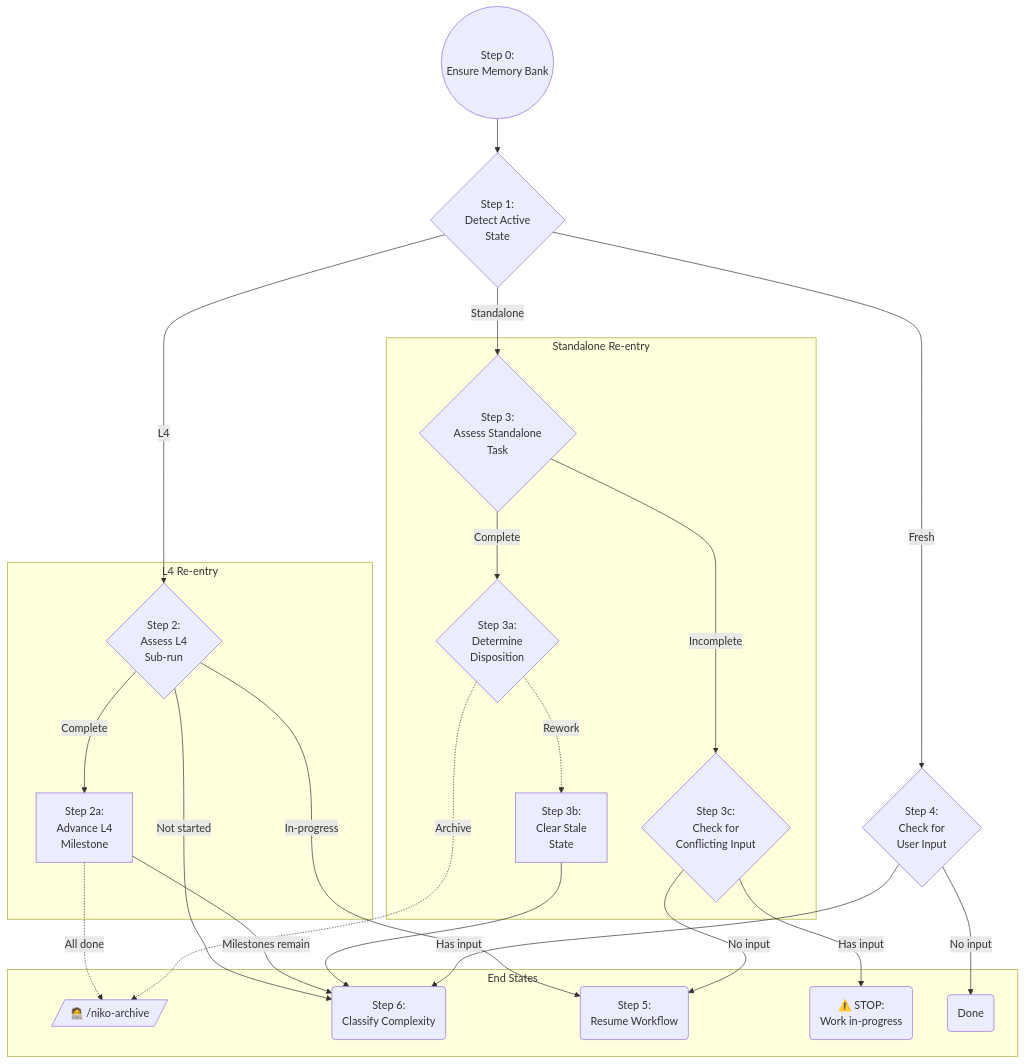
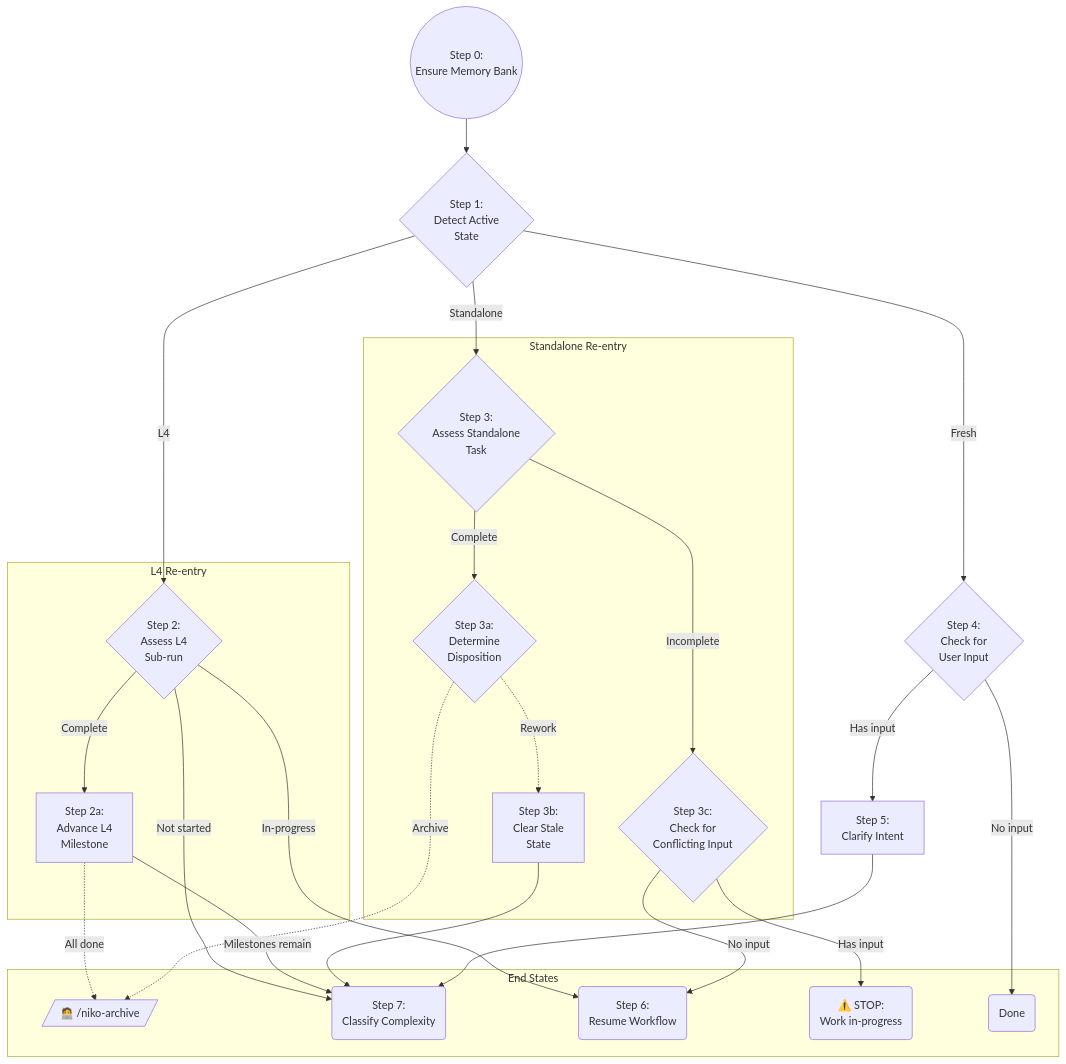
One commit to Texarkanine/nervouscsstem changed the diagram in .cursor/skills/shared/niko/SKILL.md. Above: the diagram before and after it, drawn with Mermaid. The commit also changed other lines of this file and 71 other files, not shown here.

````diff
--- a/.cursor/skills/shared/niko/SKILL.md
+++ b/.cursor/skills/shared/niko/SKILL.md
@@ -25,57 +30,59 @@
 ```mermaid
 flowchart TD
     S0(("Step 0:<br>Ensure Memory Bank"))
     S1{"Step 1:<br>Detect Active<br>State"}
     S4{"Step 4:<br>Check for<br>User Input"}
 
     S0 --> S1
     S1 -->|"L4"| S2
     S1 -->|"Standalone"| S3
     S1 -->|"Fresh"| S4
 
     subgraph L4["L4 Re-entry"]
         S2{"Step 2:<br>Assess L4<br>Sub-run"}
         S2a["Step 2a:<br>Advance L4<br>Milestone"]
 
         S2 -->|"Complete"| S2a
     end
 
     subgraph Standalone["Standalone Re-entry"]
         S3{"Step 3:<br>Assess Standalone<br>Task"}
         S3a{"Step 3a:<br>Determine<br>Disposition"}
         S3b["Step 3b:<br>Clear Stale<br>State"]
         S3c{"Step 3c:<br>Check for<br>Conflicting Input"}
 
         S3 -->|"Incomplete"| S3c
         S3 -->|"Complete"| S3a
         S3a -.->|"Rework"| S3b
     end
 
     
     S2a -.->|"All done"| Archive
     S3a -.->|"Archive"| Archive
 
     
     
     S2 -->|"Not started"| Classify
     S2a -->|"Milestones remain"| Classify
     S3b --> Classify
-    S4 -->|"Has input"| Classify
+    S4 -->|"Has input"| S5
+
+    S5["Step 5:<br>Clarify Intent"] --> Classify
 
     S2 -->|"In-progress"| Resume
     S3c -->|"No input"| Resume
 
     S3c -->|"Has input"| Warn
 
     
     
     S4 -->|"No input"| Done
 
     subgraph "End States" 
         Archive[/"🧑‍💻 /niko-archive"/]
         Warn("⚠️ STOP:<br>Work in-progress")
-        Resume("Step 5:<br>Resume Workflow")
-        Classify("Step 6:<br>Classify Complexity")
+        Resume("Step 6:<br>Resume Workflow")
+        Classify("Step 7:<br>Classify Complexity")
         Done("Done")
     end
 ```
````
